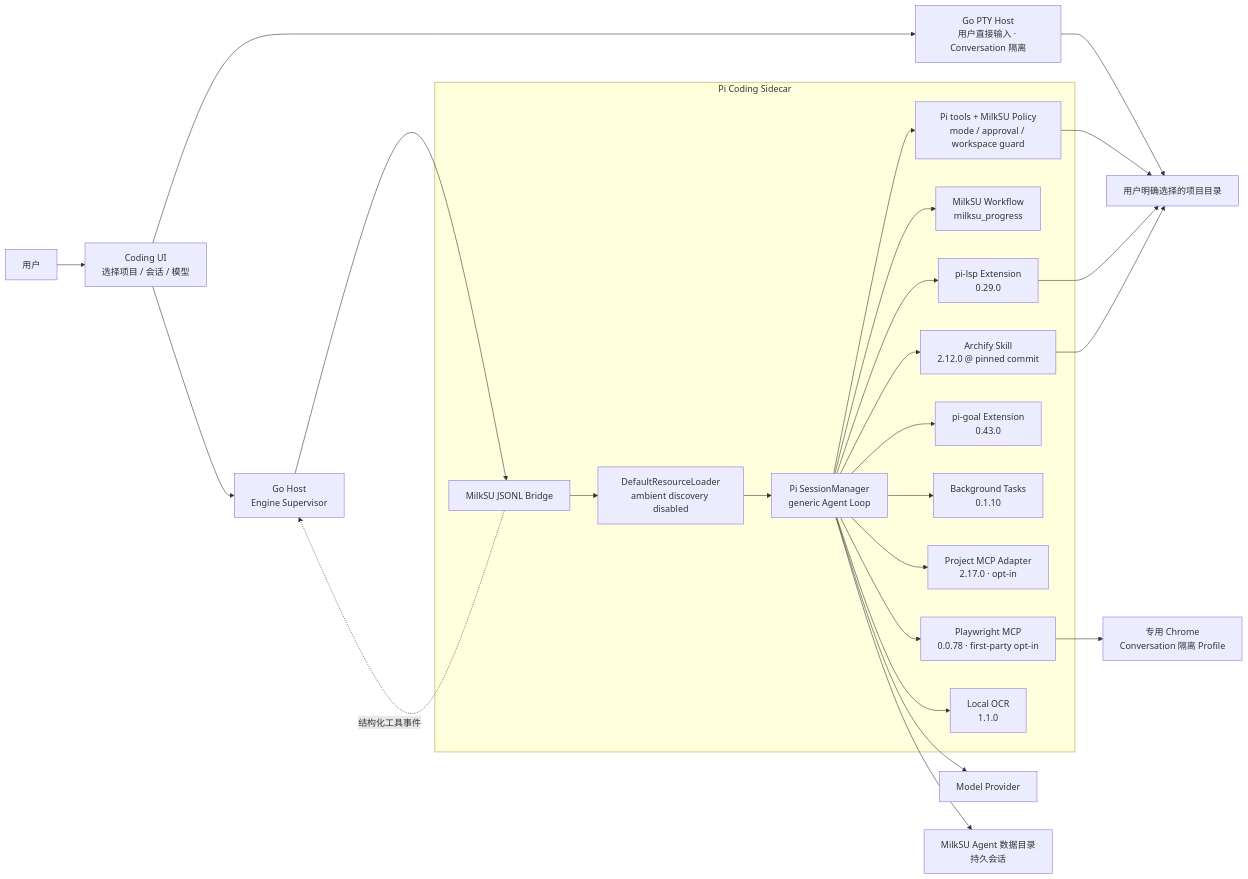
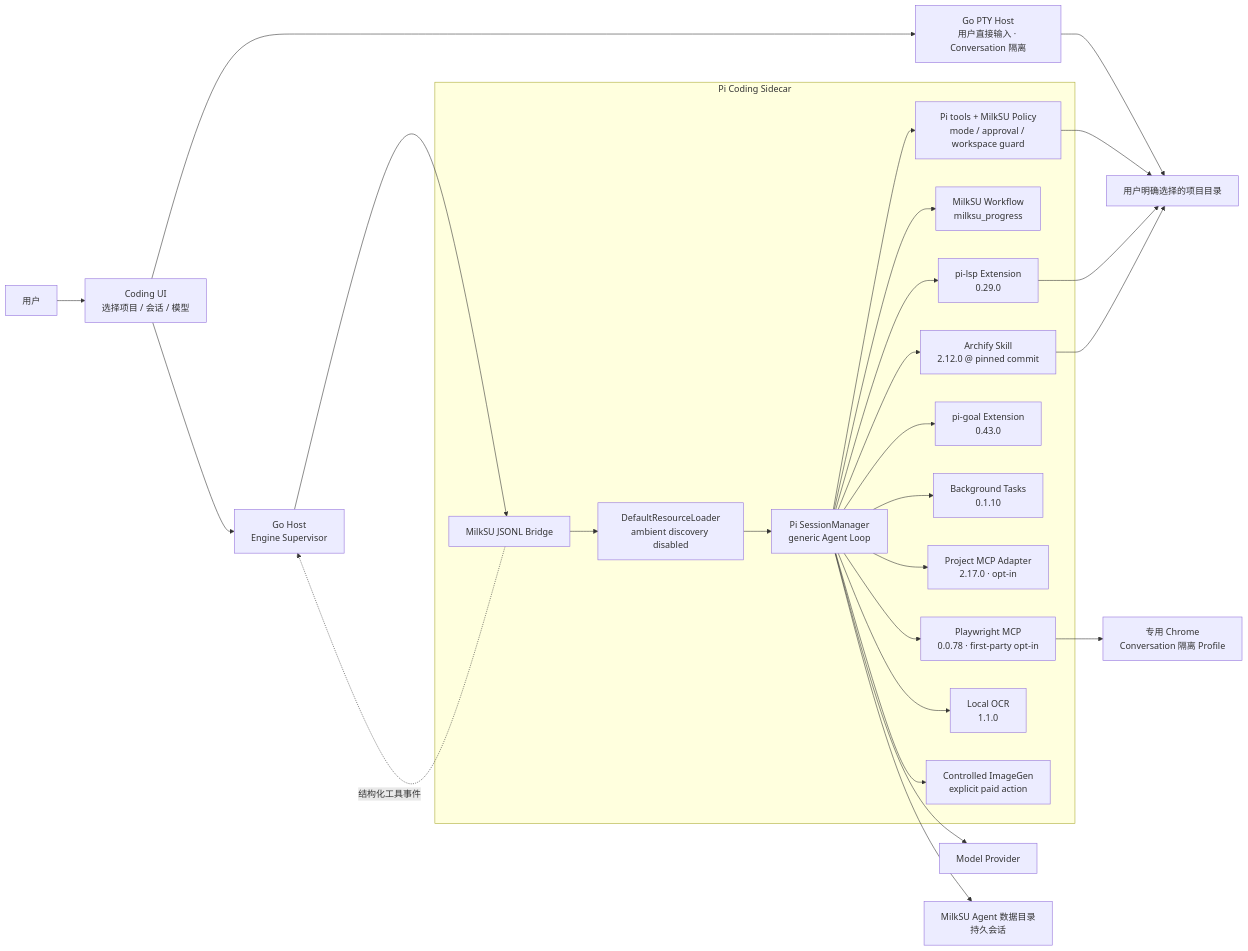
The first of 3 diagrams in docs/architecture/coding-agent-pi-extension-boundary.md (MilkSU-Official/milksu), drawn with Mermaid before and after one commit. The commit also changed other lines of this file and 57 other files, not shown here.

````diff
--- a/docs/architecture/coding-agent-pi-extension-boundary.md
+++ b/docs/architecture/coding-agent-pi-extension-boundary.md
@@ -13,46 +18,48 @@
 ```mermaid
 flowchart LR
     user["用户"]
     vue["Coding UI<br/>选择项目 / 会话 / 模型"]
     host["Go Host<br/>Engine Supervisor"]
     pty["Go PTY Host<br/>用户直接输入 · Conversation 隔离"]
 
     subgraph sidecar["Pi Coding Sidecar"]
         bridge["MilkSU JSONL Bridge"]
         loader["DefaultResourceLoader<br/>ambient discovery disabled"]
         session["Pi SessionManager<br/>generic Agent Loop"]
         coreTools["Pi tools + MilkSU Policy<br/>mode / approval / workspace guard"]
         workflow["MilkSU Workflow<br/>milksu_progress"]
         archify["Archify Skill<br/>2.12.0 @ pinned commit"]
         lsp["pi-lsp Extension<br/>0.29.0"]
         goal["pi-goal Extension<br/>0.43.0"]
         background["Background Tasks<br/>0.1.10"]
         mcp["Project MCP Adapter<br/>2.17.0 · opt-in"]
         browserMcp["Playwright MCP<br/>0.0.78 · first-party opt-in"]
         ocr["Local OCR<br/>1.1.0"]
+        imagegen["Controlled ImageGen<br/>explicit paid action"]
     end
 
     provider["Model Provider"]
     project["用户明确选择的项目目录"]
     agentData["MilkSU Agent 数据目录<br/>持久会话"]
 
     user --> vue --> host --> bridge
     vue --> pty --> project
     bridge --> loader --> session
     session --> coreTools
     session --> workflow
     session --> archify
     session --> lsp
     session --> goal
     session --> background
     session --> mcp
     session --> browserMcp
     session --> ocr
+    session --> imagegen
     session --> provider
     coreTools --> project
     lsp --> project
     archify --> project
     browserMcp --> managedBrowser["专用 Chrome<br/>Conversation 隔离 Profile"]
     session --> agentData
     bridge -. "结构化工具事件" .-> host
 ```
````
